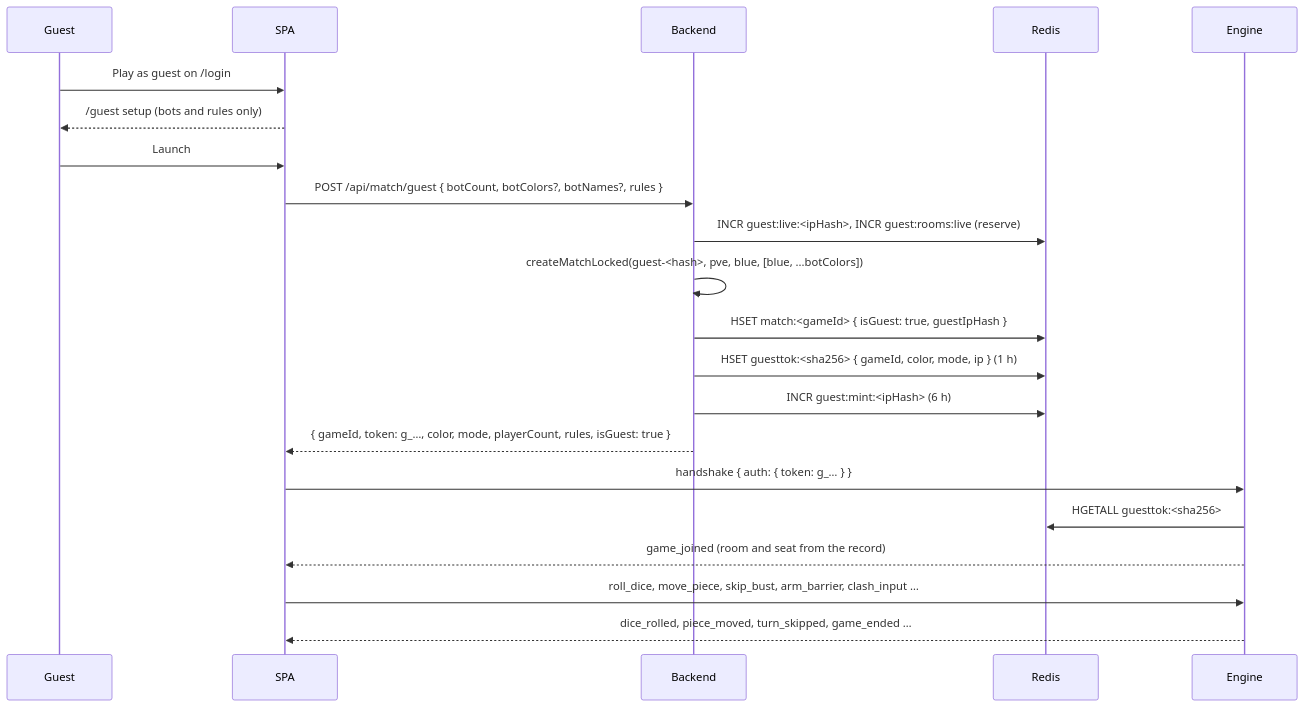
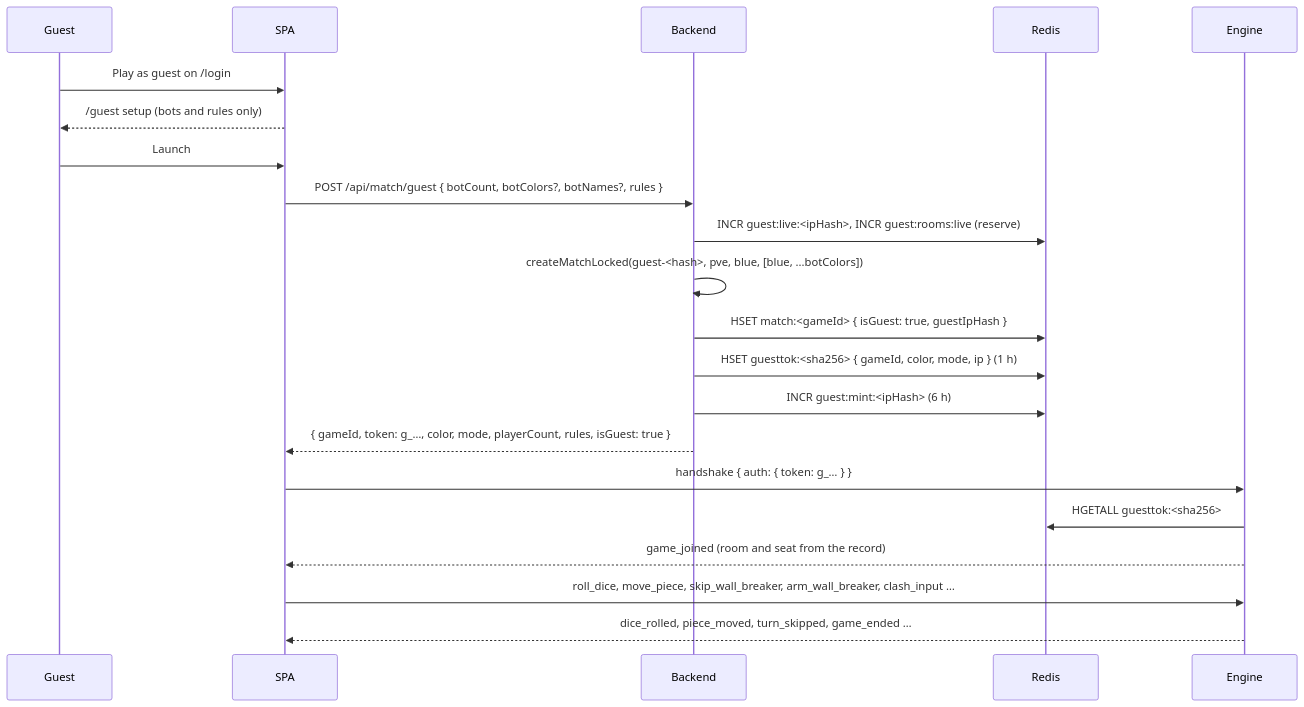
One commit to IrmaJoKerr/ft_transcendence-ludo changed the diagram in docs/guest-mode.md. Above: the diagram before and after it, drawn with Mermaid. The commit also changed other lines of this file and 60 other files, not shown here.

Commit message:
refactor(constants): one home in common/src for the chat, timing and Wall Breaker values, copied into each build. Docs: the shared folder, the copy step and the rename.

````diff
--- a/docs/guest-mode.md
+++ b/docs/guest-mode.md
@@ -155,24 +155,24 @@
 ```mermaid
 sequenceDiagram
     participant Guest
     participant SPA
     participant Backend
     participant Redis
     participant Engine
 
     Guest->>SPA: Play as guest on /login
     SPA-->>Guest: /guest setup (bots and rules only)
     Guest->>SPA: Launch
     SPA->>Backend: POST /api/match/guest { botCount, botColors?, botNames?, rules }
     Backend->>Redis: INCR guest:live:<ipHash>, INCR guest:rooms:live (reserve)
     Backend->>Backend: createMatchLocked(guest-<hash>, pve, blue, [blue, ...botColors])
     Backend->>Redis: HSET match:<gameId> { isGuest: true, guestIpHash }
     Backend->>Redis: HSET guesttok:<sha256> { gameId, color, mode, ip } (1 h)
     Backend->>Redis: INCR guest:mint:<ipHash> (6 h)
     Backend-->>SPA: { gameId, token: g_…, color, mode, playerCount, rules, isGuest: true }
     SPA->>Engine: handshake { auth: { token: g_… } }
     Engine->>Redis: HGETALL guesttok:<sha256>
     Engine-->>SPA: game_joined (room and seat from the record)
-    SPA->>Engine: roll_dice, move_piece, skip_bust, arm_barrier, clash_input …
+    SPA->>Engine: roll_dice, move_piece, skip_wall_breaker, arm_wall_breaker, clash_input …
     Engine-->>SPA: dice_rolled, piece_moved, turn_skipped, game_ended …
 ```
````
